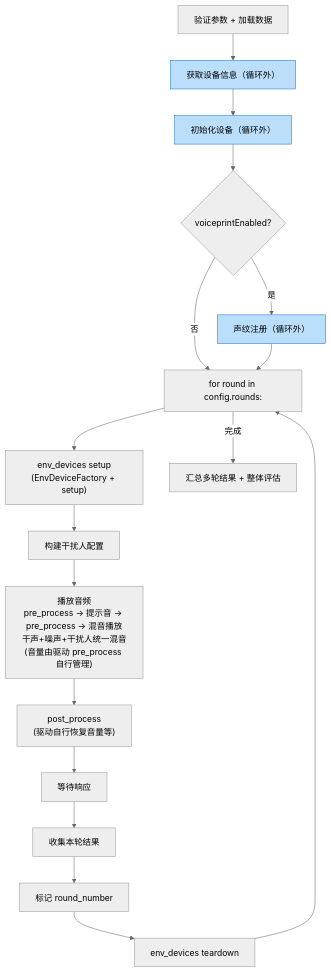
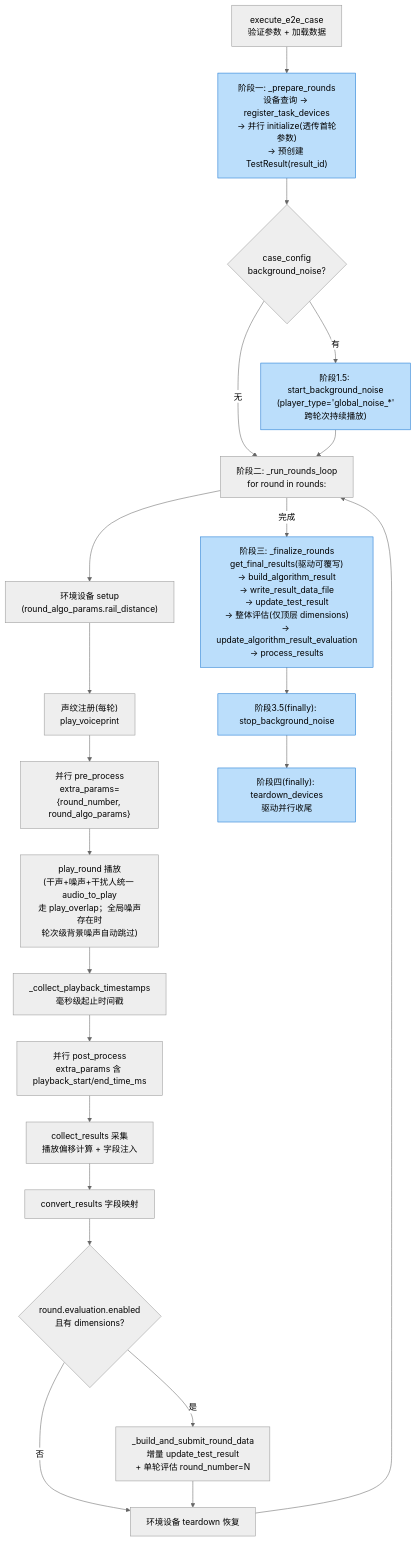
One commit to ydz-auto/intelligent_audio_test changed the diagram in Intelligent-Audio-TEST/doc/voice_llm/04_执行测试/backend/17_e2e_executor多轮循环.md. Above: the diagram before and after it, drawn with Mermaid (neutral theme). The commit also changed other lines of this file and 69 other files, not shown here.

````diff
--- a/Intelligent-Audio-TEST/doc/voice_llm/04_执行测试/backend/17_e2e_executor多轮循环.md
+++ b/Intelligent-Audio-TEST/doc/voice_llm/04_执行测试/backend/17_e2e_executor多轮循环.md
@@ -25,28 +20,34 @@
 ```mermaid
 graph TD
-    A["验证参数 + 加载数据"] --> B["获取设备信息（循环外）"]
-    B --> C["初始化设备（循环外）"]
-    C --> D{"voiceprintEnabled?"}
-    D -->|是| D1["声纹注册（循环外）"]
-    D -->|否| E
-    D1 --> E
+    A["execute_e2e_case<br/>验证参数 + 加载数据"] --> B["阶段一: _prepare_rounds<br/>设备查询 → register_task_devices<br/>→ 并行 initialize(透传首轮参数)<br/>→ 预创建 TestResult(result_id)"]
 
-    E["for round in config.rounds:"]
+    B --> C{"case_config<br/>background_noise?"}
+    C -->|有| C1["阶段1.5: start_background_noise<br/>(player_type='global_noise_*'<br/>跨轮次持续播放)"]
+    C -->|无| D
+    C1 --> D["阶段二: _run_rounds_loop<br/>for round in rounds:"]
 
-    E --> F["env_devices setup<br/>(EnvDeviceFactory + setup)"]
-    F --> G["构建干扰人配置"]
+    D --> D1["环境设备 setup<br/>(round_algo_params.rail_distance)"]
+    D1 --> D2["声纹注册(每轮)<br/>play_voiceprint"]
+    D2 --> D3["并行 pre_process<br/>extra_params={round_number, round_algo_params}"]
+    D3 --> D4["play_round 播放<br/>(干声+噪声+干扰人统一 audio_to_play<br/>走 play_overlap；全局噪声存在时<br/>轮次级背景噪声自动跳过)"]
+    D4 --> D5["_collect_playback_timestamps<br/>毫秒级起止时间戳"]
+    D5 --> D6["并行 post_process<br/>extra_params 含 playback_start/end_time_ms"]
+    D6 --> D7["collect_results 采集<br/>播放偏移计算 + 字段注入"]
+    D7 --> D8["convert_results 字段映射"]
+    D8 --> D9{"round.evaluation.enabled<br/>且有 dimensions?"}
+    D9 -->|是| D9A["_build_and_submit_round_data<br/>增量 update_test_result<br/>+ 单轮评估 round_number=N"]
+    D9 -->|否| D10
+    D9A --> D10["环境设备 teardown 恢复"]
+    D10 --> D
 
-    G --> H["播放音频<br/>pre_process → 提示音 → pre_process → 混音播放<br/>干声+噪声+干扰人统一混音<br/>(音量由驱动 pre_process 自行管理)"]
-    H --> I["post_process<br/>(驱动自行恢复音量等)"]
-    I --> J["等待响应"]
-    J --> K["收集本轮结果"]
-    K --> L["标记 round_number"]
-    L --> M["env_devices teardown"]
-    M --> E
+    D -->|完成| E["阶段三: _finalize_rounds<br/>get_final_results(驱动可覆写)<br/>→ build_algorithm_result<br/>→ write_result_data_file<br/>→ update_test_result<br/>→ 整体评估(仅顶层 dimensions)<br/>→ update_algorithm_result_evaluation<br/>→ process_results"]
 
-    E -->|完成| Q["汇总多轮结果 + 整体评估"]
+    E --> F["阶段3.5(finally): stop_background_noise"]
+    F --> G["阶段四(finally): teardown_devices<br/>驱动并行收尾"]
 
     style B fill:#bbdefb,stroke:#1976d2
-    style C fill:#bbdefb,stroke:#1976d2
-    style D1 fill:#bbdefb,stroke:#1976d2
+    style C1 fill:#bbdefb,stroke:#1976d2
+    style E fill:#bbdefb,stroke:#1976d2
+    style F fill:#bbdefb,stroke:#1976d2
+    style G fill:#bbdefb,stroke:#1976d2
 ```
````
